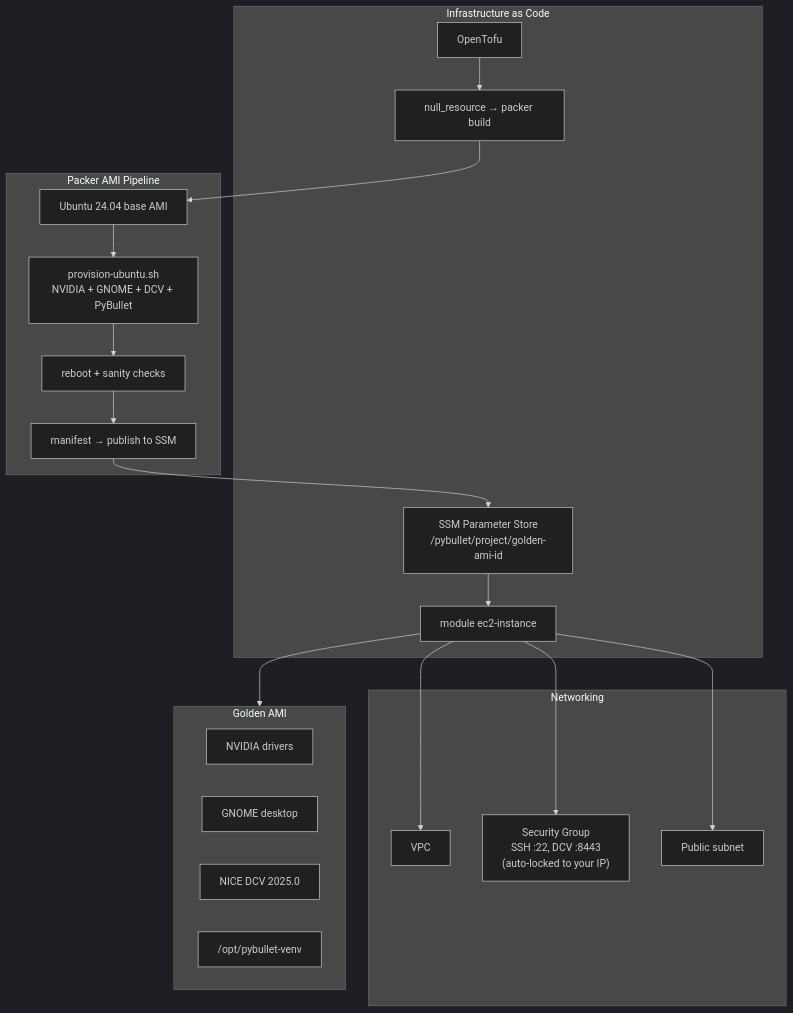
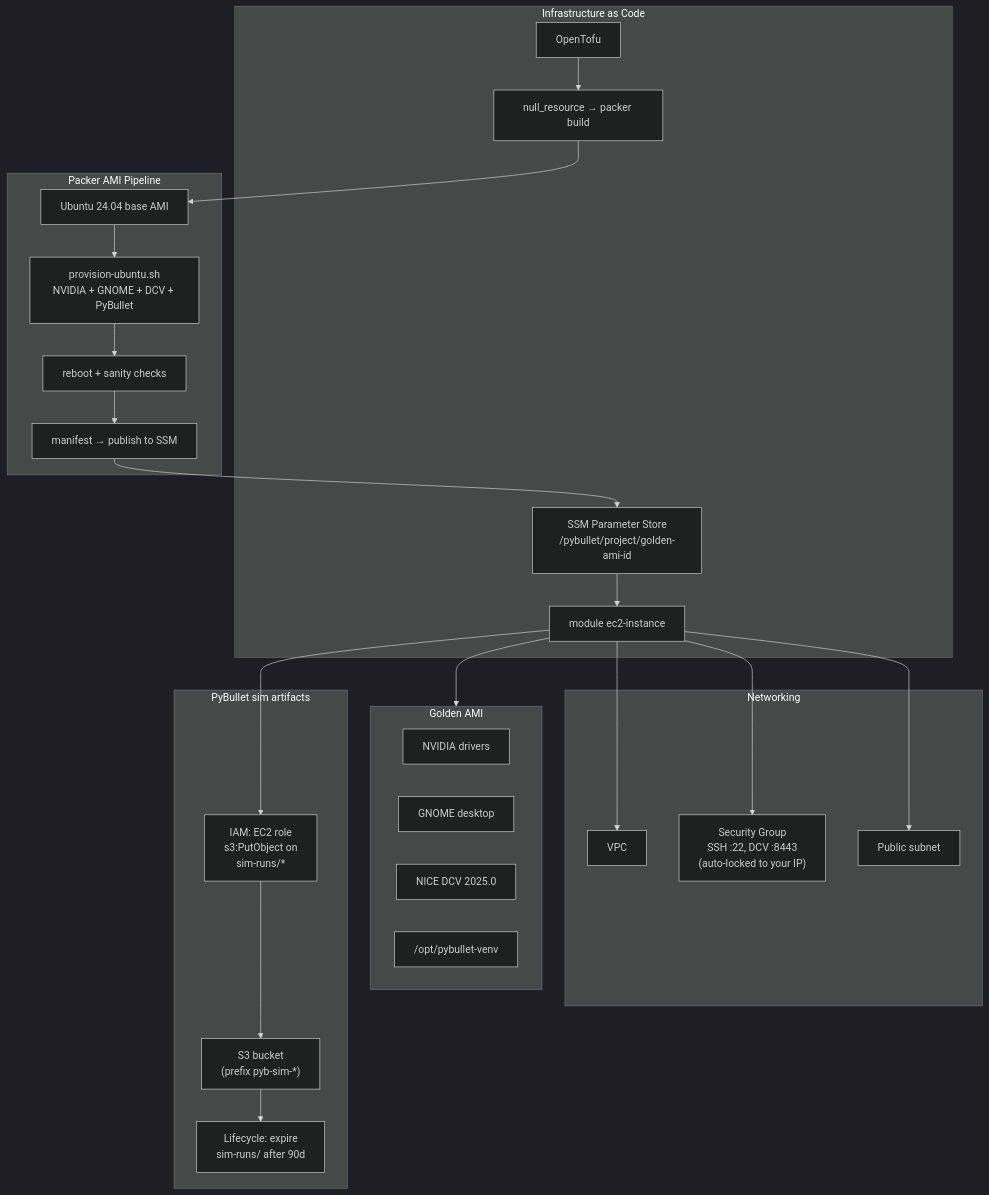
Before and after one commit to rubencg195/aws-pybullet-environment: the fifth of 6 diagrams in README.md, drawn with Mermaid (dark theme). The commit also changed other lines of this file and 6 other files, not shown here.

First line of the commit message:
Phase 4: PyBullet sim S3 integration; renumber prod hardening to Phase 5

````diff
--- a/README.md
+++ b/README.md
@@ -79,41 +118,50 @@
 ```mermaid
 flowchart TB
   subgraph iac["Infrastructure as Code"]
     OT["OpenTofu"]
     NR["null_resource → packer build"]
     SSM["SSM Parameter Store\n/pybullet/project/golden-ami-id"]
     MOD["module ec2-instance"]
   end
 
   subgraph packer["Packer AMI Pipeline"]
     SRC["Ubuntu 24.04 base AMI"]
     PROV["provision-ubuntu.sh\nNVIDIA + GNOME + DCV + PyBullet"]
     REBOOT["reboot + sanity checks"]
     POST["manifest → publish to SSM"]
   end
 
   subgraph net["Networking"]
     VPC["VPC"]
     SG["Security Group\nSSH :22, DCV :8443\n(auto-locked to your IP)"]
     SN["Public subnet"]
   end
 
   subgraph ami["Golden AMI"]
     NV["NVIDIA drivers"]
     GN["GNOME desktop"]
     DCVS["NICE DCV 2025.0"]
     VENV["/opt/pybullet-venv"]
   end
 
+  subgraph obs["PyBullet sim artifacts"]
+    S3B["S3 bucket\n(prefix pyb-sim-*)"]
+    LC["Lifecycle: expire\nsim-runs/ after 90d"]
+    IAMS3["IAM: EC2 role\ns3:PutObject on\nsim-runs/*"]
+  end
+
   OT --> NR
   NR --> SRC
   SRC --> PROV
   PROV --> REBOOT
   REBOOT --> POST
   POST --> SSM
   SSM --> MOD
   MOD --> VPC
   MOD --> SG
   MOD --> SN
   MOD --> ami
+  MOD --> IAMS3
+  IAMS3 --> S3B
+  S3B --> LC
 ```
````
